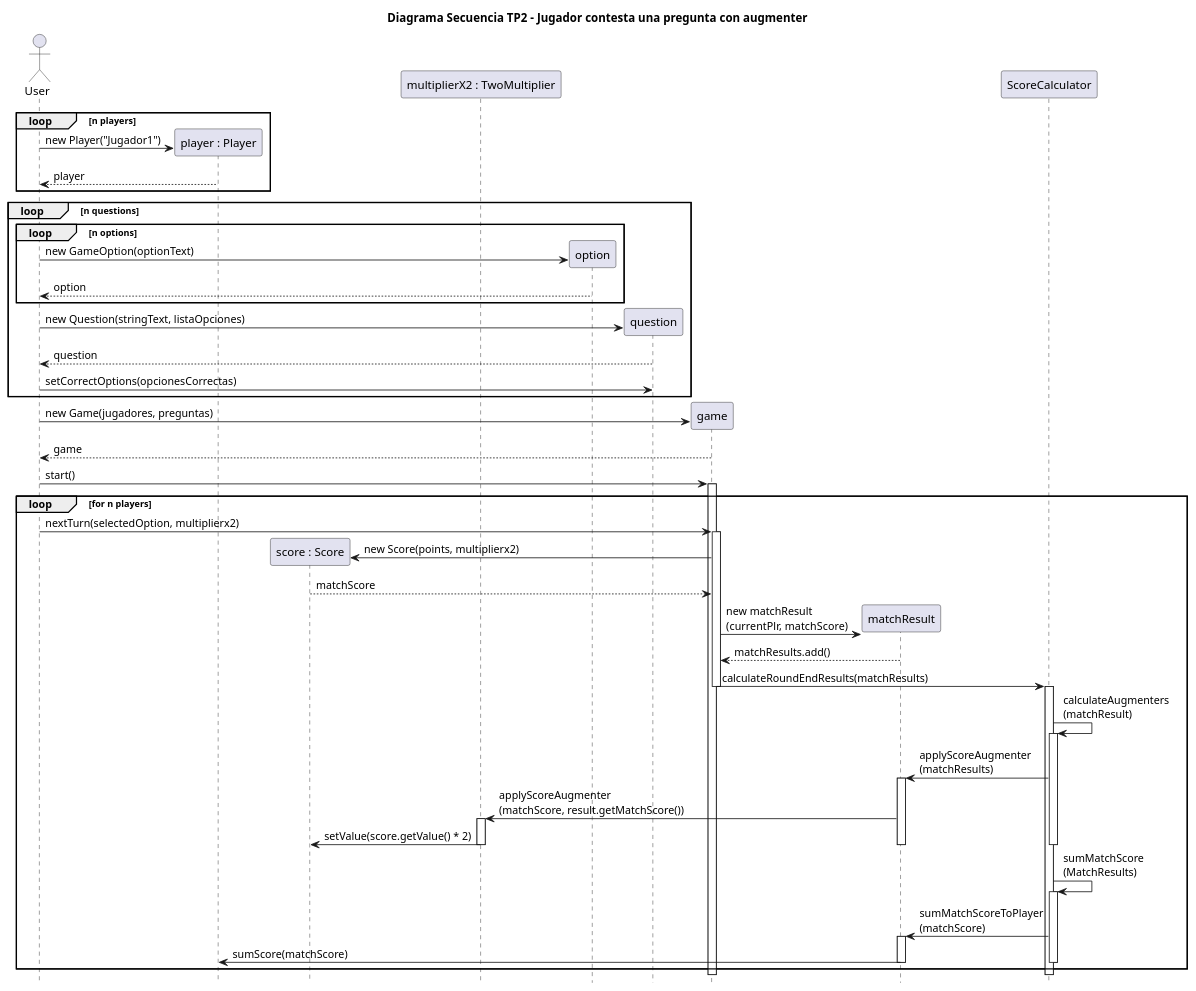
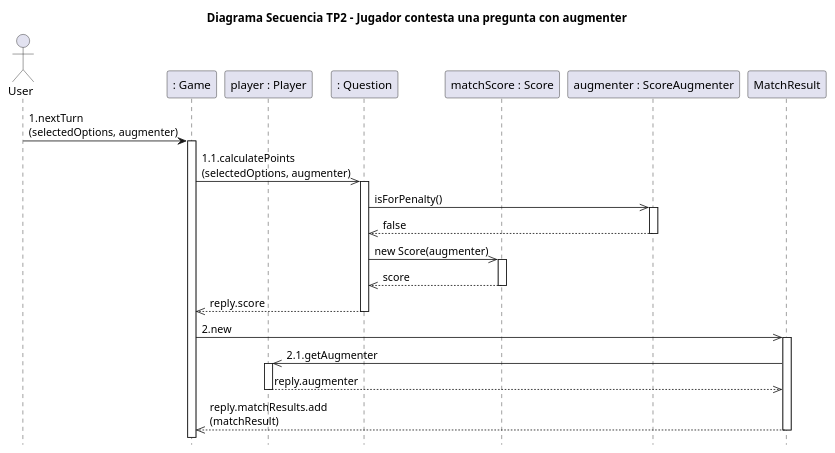
Before and after one commit to GEscandar/TP2-Kahoot: the diagram in docs/DiagramaSecuencia-ConestarPreguntaconAugmenter.plantuml, drawn with PlantUML. The commit also changed 6 other files, not shown here.

Commit message:
Actualización diagramas de clases

```diff
--- a/docs/DiagramaSecuencia-ConestarPreguntaconAugmenter.plantuml
+++ b/docs/DiagramaSecuencia-ConestarPreguntaconAugmenter.plantuml
@@ -1,65 +1,37 @@
 @startuml
 
 actor User
 title Diagrama Secuencia TP2 - Jugador contesta una pregunta con augmenter
 hide footbox
 
+participant ": Game" as game
 participant "player : Player" as player
-participant "score : Score" as score
-participant "multiplierX2 : TwoMultiplier" as multiplierx2
+participant ": Question" as question
+participant "matchScore : Score" as score
+participant "augmenter : ScoreAugmenter" as augmenter
 
-loop n players
-User -> player ** : new Player("Jugador1")
-player --> User : player
-end loop
 
-loop n questions 
-loop n options 
-User -> option ** : new GameOption(optionText)
-option --> User : option
-end loop
-User -> question ** : new Question(stringText, listaOpciones)
-question --> User : question
-User -> question : setCorrectOptions(opcionesCorrectas)
-end loop
-
-User -> game ** : new Game(jugadores, preguntas)
-game --> User : game
-User -> game : start()
+User -> game:1.nextTurn\n(selectedOptions, augmenter)
 activate game
-
-loop for n players
-User -> game : nextTurn(selectedOption, multiplierx2)
-activate game
-
-game -> score** : new Score(points, multiplierx2)
-score --> game : matchScore
-
-game -> matchResult** : new matchResult\n(currentPlr, matchScore)
-matchResult --> game : matchResults.add()
-
-game -> ScoreCalculator : calculateRoundEndResults(matchResults)
-deactivate game
-activate ScoreCalculator
-ScoreCalculator -> ScoreCalculator : calculateAugmenters\n(matchResult)
-activate ScoreCalculator
-ScoreCalculator -> matchResult : applyScoreAugmenter\n(matchResults)
-activate matchResult
-matchResult -> multiplierx2 : applyScoreAugmenter\n(matchScore, result.getMatchScore()) 
-activate multiplierx2
-multiplierx2 -> score : setValue(score.getValue() * 2)
-deactivate multiplierx2
-deactivate matchResult
-deactivate ScoreCalculator
-ScoreCalculator -> ScoreCalculator : sumMatchScore\n(MatchResults)
-activate ScoreCalculator
-ScoreCalculator -> matchResult : sumMatchScoreToPlayer\n(matchScore)
-activate matchResult
-matchResult -> player : sumScore(matchScore)
-deactivate matchResult
-deactivate ScoreCalculator
-end loop
-deactivate ScoreCalculator
-deactivate game
+game->>question:1.1.calculatePoints\n(selectedOptions, augmenter)
+activate question
+question ->> augmenter:isForPenalty()
+activate augmenter
+augmenter -->> question:false
+deactivate augmenter
+question ->> score:new Score(augmenter)
+activate score
+score -->> question:score
+deactivate score
+question -->>game:reply.score
+deactivate question
+game->>MatchResult:2.new
+activate MatchResult
+MatchResult->>player:2.1.getAugmenter
+activate player
+player-->>MatchResult:reply.augmenter
+deactivate player
+MatchResult-->>game:reply.matchResults.add\n(matchResult)
+deactivate MatchResult
 
 @enduml
```
